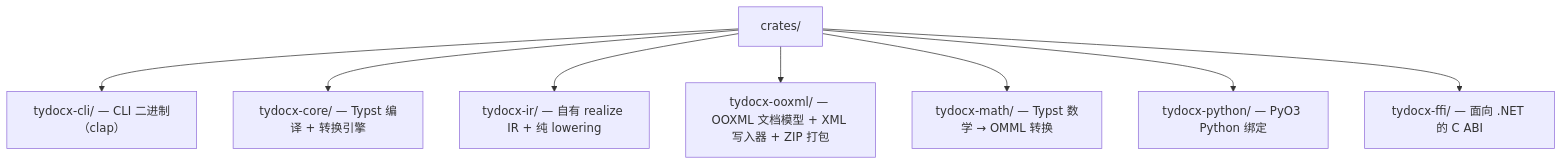
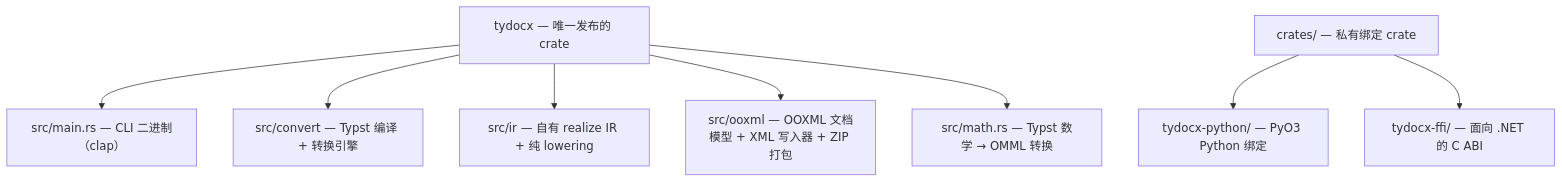
One commit to kwadraten/tydocx changed the second of 2 diagrams in README.zh-CN.md. Above: the diagram before and after it, drawn with Mermaid. The commit also changed other lines of this file and 248 other files, not shown here.

````diff
--- a/README.zh-CN.md
+++ b/README.zh-CN.md
@@ -102,10 +102,10 @@
 ```mermaid
 flowchart TD
-    CRATES["crates/"] --> CLI["tydocx-cli/ — CLI 二进制（clap）"]
-    CRATES --> CORE["tydocx-core/ — Typst 编译 + 转换引擎"]
-    CRATES --> IR["tydocx-ir/ — 自有 realize IR + 纯 lowering"]
-    CRATES --> OOXML["tydocx-ooxml/ — OOXML 文档模型 + XML 写入器 + ZIP 打包"]
-    CRATES --> MATH["tydocx-math/ — Typst 数学 → OMML 转换"]
-    CRATES --> PYTHON["tydocx-python/ — PyO3 Python 绑定"]
-    CRATES --> FFI["tydocx-ffi/ — 面向 .NET 的 C ABI"]
+    ROOT["tydocx — 唯一发布的 crate"] --> CLI["src/main.rs — CLI 二进制（clap）"]
+    ROOT --> CORE["src/convert — Typst 编译 + 转换引擎"]
+    ROOT --> IR["src/ir — 自有 realize IR + 纯 lowering"]
+    ROOT --> OOXML["src/ooxml — OOXML 文档模型 + XML 写入器 + ZIP 打包"]
+    ROOT --> MATH["src/math.rs — Typst 数学 → OMML 转换"]
+    BINDINGS["crates/ — 私有绑定 crate"] --> PYTHON["tydocx-python/ — PyO3 Python 绑定"]
+    BINDINGS --> FFI["tydocx-ffi/ — 面向 .NET 的 C ABI"]
 ```
````
